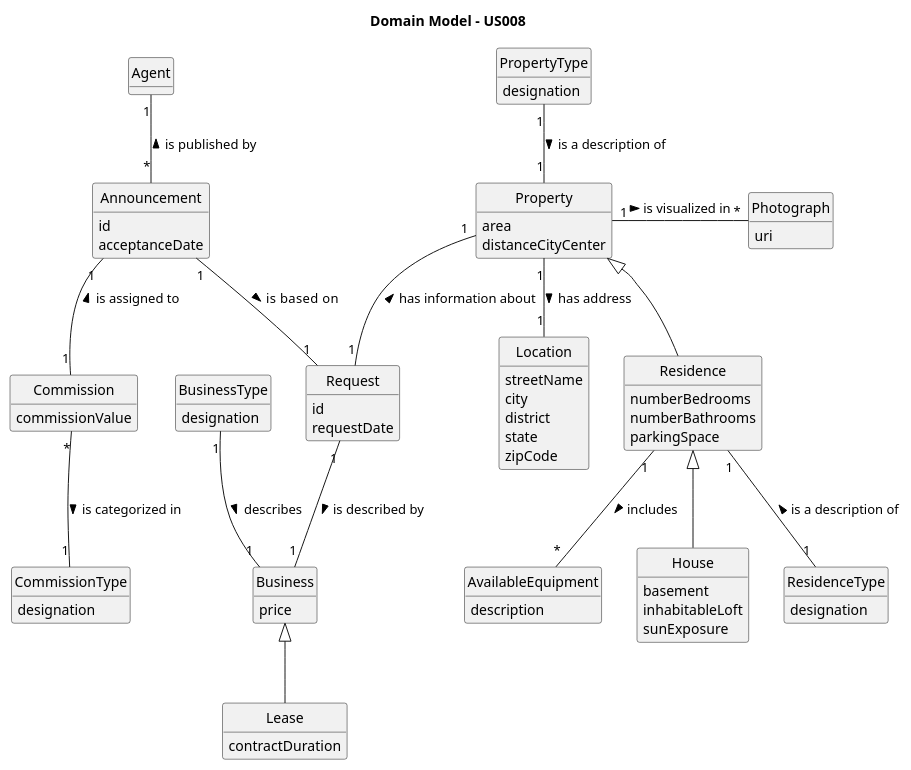
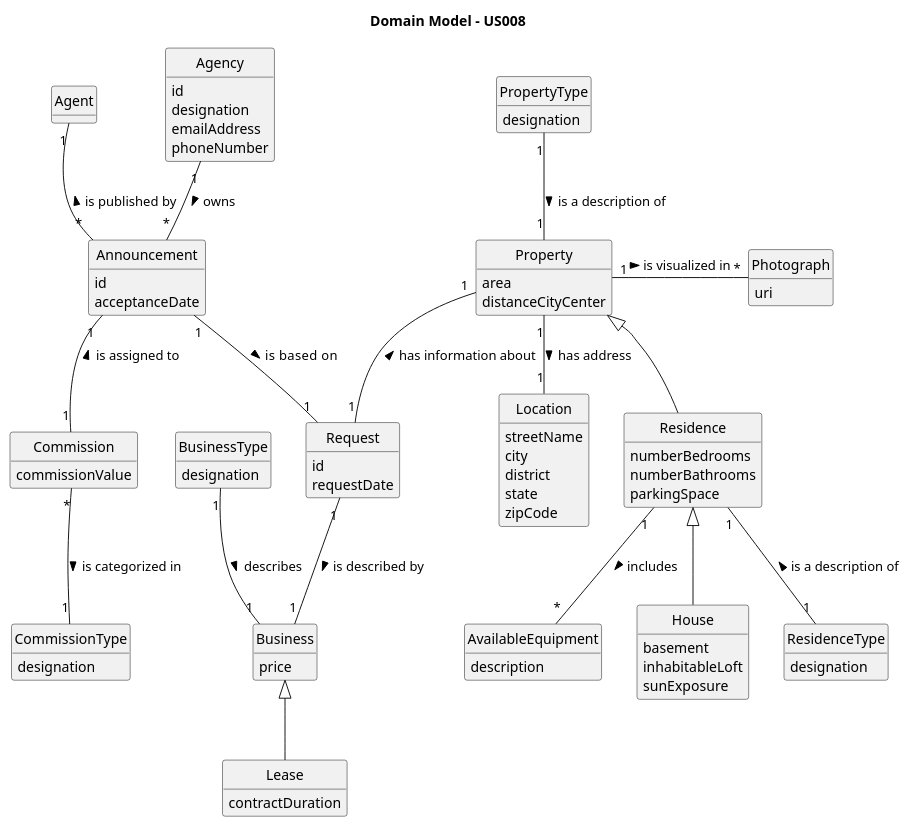
Before and after one commit to rita-barbosa/LAPR2-2223: the diagram in docs/sprintD/us008/02.analysis/puml/us008-domain-model.puml, drawn with PlantUML. The commit also changed 1 other file, not shown here.

```diff
--- a/docs/sprintD/us008/02.analysis/puml/us008-domain-model.puml
+++ b/docs/sprintD/us008/02.analysis/puml/us008-domain-model.puml
@@ -1,124 +1,114 @@
 @startuml
 skinparam monochrome true
 skinparam packageStyle rectangle
 skinparam shadowing false
 
 'left to right direction
 
 skinparam classAttributeIconSize 0
 
 hide circle
 hide methods
 
 title Domain Model - US008
 
 
-'class Agency {
-'id
-'designation
-'emailAddress
-'phoneNumber
-'}
-'
-'class Employee {
-'}
-'
-'class Person{
-'name
-'email
-'passportCardNumber
-'taxNumber
-'phoneNumber
-'}
+class Agency {
+id
+designation
+emailAddress
+phoneNumber
+}
 
 class Announcement{
 id
 acceptanceDate
 }
 
 class Agent{
 }
 
 class Property{
  area
  distanceCityCenter
 }
 
 class Residence{
  numberBedrooms
  numberBathrooms
  parkingSpace
 }
 
 class AvailableEquipment{
 description
 }
 
 class House{
  basement
  inhabitableLoft
  sunExposure
 }
 
 class PropertyType{
 designation
 }
 
 class ResidenceType{
 designation
 }
 
 class Photograph{
 uri
 }
 
 class Location{
 streetName
 city
 district
 state
 zipCode
 }
 
 class Business{
 price
 }
 
 class BusinessType{
 designation
 }
 
 class Lease{
 contractDuration
 }
 
 class Commission {
 commissionValue
 }
 
 class CommissionType {
 designation
 }
 
 class Request{
 id
 requestDate
 }
 
 Agent "1" -- "*" Announcement: is published by <
 PropertyType "1" -- "1" Property: is a description of >
 Residence -up-|> Property
 ResidenceType "1" -up- "1" Residence: is a description of >
 House -up-|> Residence
 Property "1" - "*" Photograph: is visualized in >
 Property "1"--"1" Location: has address >
 Business <|-- Lease
 Residence "1" -- "*"AvailableEquipment: includes >
 Announcement "1" -- "1" Commission : is assigned to <
 Commission "*" -- "1" CommissionType : is categorized in >
 Property "1" -- "1" Request : < has information about
 Request "1" -- "1" Business: is described by >
 BusinessType "1" -- "1" Business : describes >
 Announcement "1" -- "1" Request : is  based on >
+Agency "1" -- "*" Announcement: owns >
 
 @enduml
```
